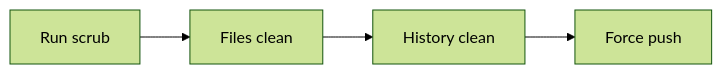
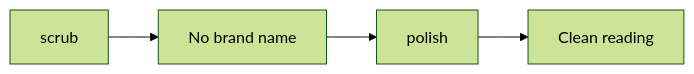
Diagram 14 of 14 in README.md (redrhino-online/red-canon), drawn with Mermaid (forest theme) before and after one commit. The commit also changed other lines of this file and 4 other files, not shown here.

````diff
--- a/README.md
+++ b/README.md
@@ -240,4 +241,5 @@
 ```mermaid
 flowchart LR
-    A[Run scrub] --> B[Files clean] --> C[History clean] --> D[Force push]
+    A[scrub] --> B[No brand name]
+    B --> C[polish] --> D[Clean reading]
 ```
````
